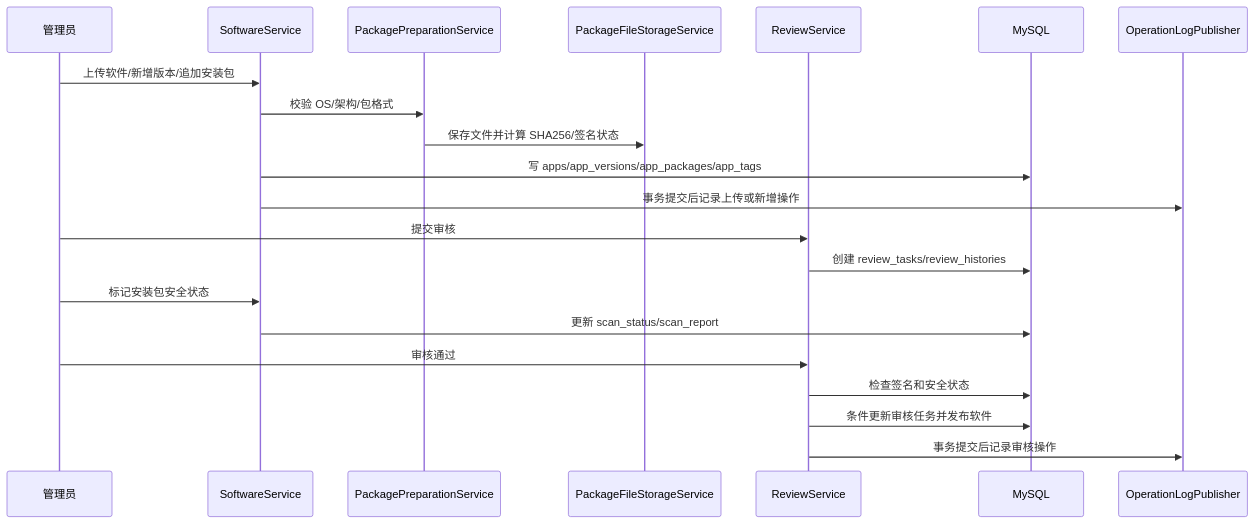
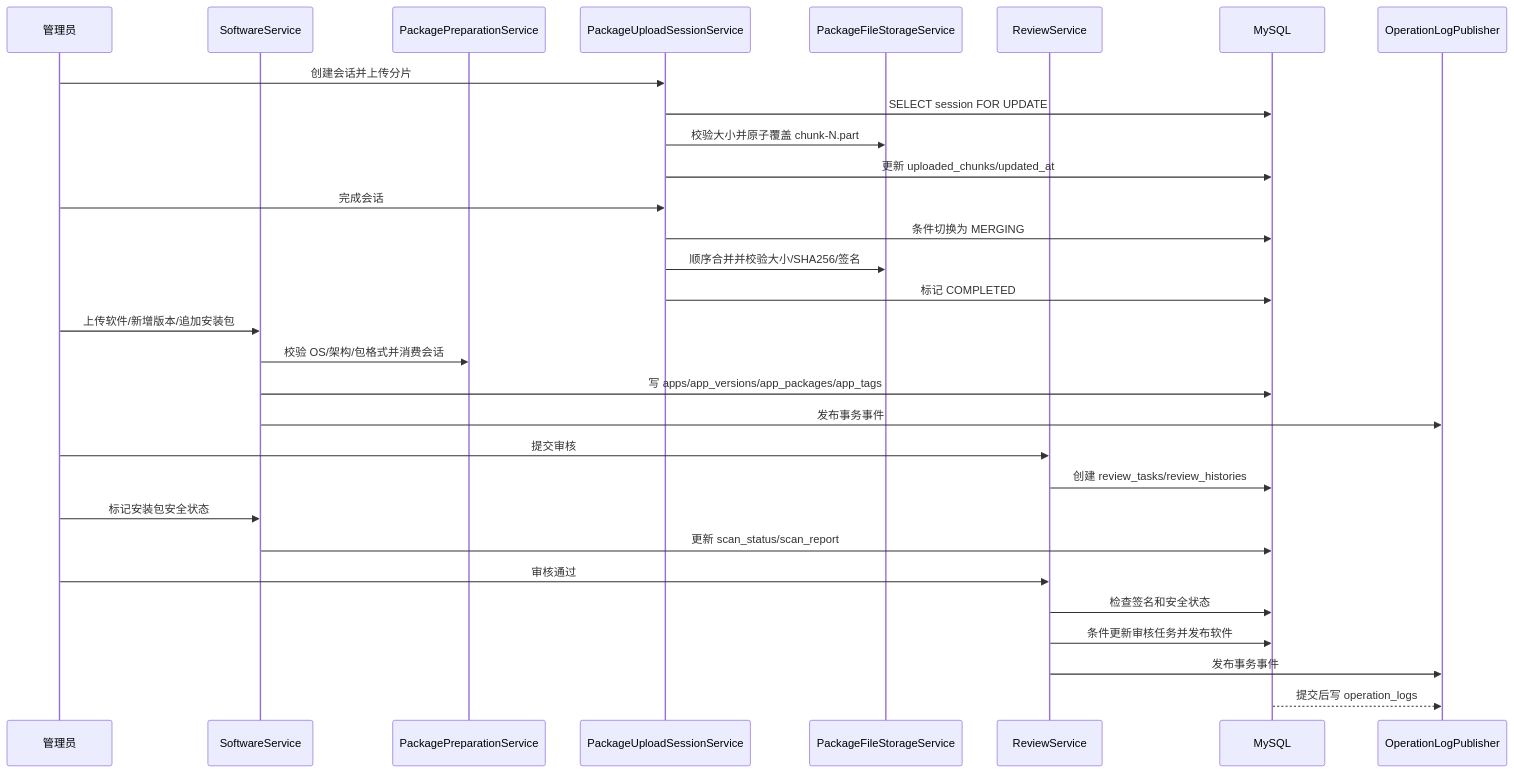
Before and after one commit to yyzxide/software-admin-service: the second of 7 diagrams in docs/overview/architecture-and-flows.md, drawn with Mermaid. The commit also changed other lines of this file and 40 other files, not shown here.

Commit message:
Harden review security and authentication flows

````diff
--- a/docs/overview/architecture-and-flows.md
+++ b/docs/overview/architecture-and-flows.md
@@ -48,24 +49,33 @@
 ```mermaid
 sequenceDiagram
     participant Admin as 管理员
     participant Software as SoftwareService
     participant Prep as PackagePreparationService
+    participant Upload as PackageUploadSessionService
     participant Storage as PackageFileStorageService
     participant Review as ReviewService
     participant DB as MySQL
     participant Log as OperationLogPublisher
 
+    Admin->>Upload: 创建会话并上传分片
+    Upload->>DB: SELECT session FOR UPDATE
+    Upload->>Storage: 校验大小并原子覆盖 chunk-N.part
+    Upload->>DB: 更新 uploaded_chunks/updated_at
+    Admin->>Upload: 完成会话
+    Upload->>DB: 条件切换为 MERGING
+    Upload->>Storage: 顺序合并并校验大小/SHA256/签名
+    Upload->>DB: 标记 COMPLETED
     Admin->>Software: 上传软件/新增版本/追加安装包
-    Software->>Prep: 校验 OS/架构/包格式
-    Prep->>Storage: 保存文件并计算 SHA256/签名状态
+    Software->>Prep: 校验 OS/架构/包格式并消费会话
     Software->>DB: 写 apps/app_versions/app_packages/app_tags
-    Software->>Log: 事务提交后记录上传或新增操作
+    Software->>Log: 发布事务事件
     Admin->>Review: 提交审核
     Review->>DB: 创建 review_tasks/review_histories
     Admin->>Software: 标记安装包安全状态
     Software->>DB: 更新 scan_status/scan_report
     Admin->>Review: 审核通过
     Review->>DB: 检查签名和安全状态
     Review->>DB: 条件更新审核任务并发布软件
-    Review->>Log: 事务提交后记录审核操作
+    Review->>Log: 发布事务事件
+    DB-->>Log: 提交后写 operation_logs
 ```
````
